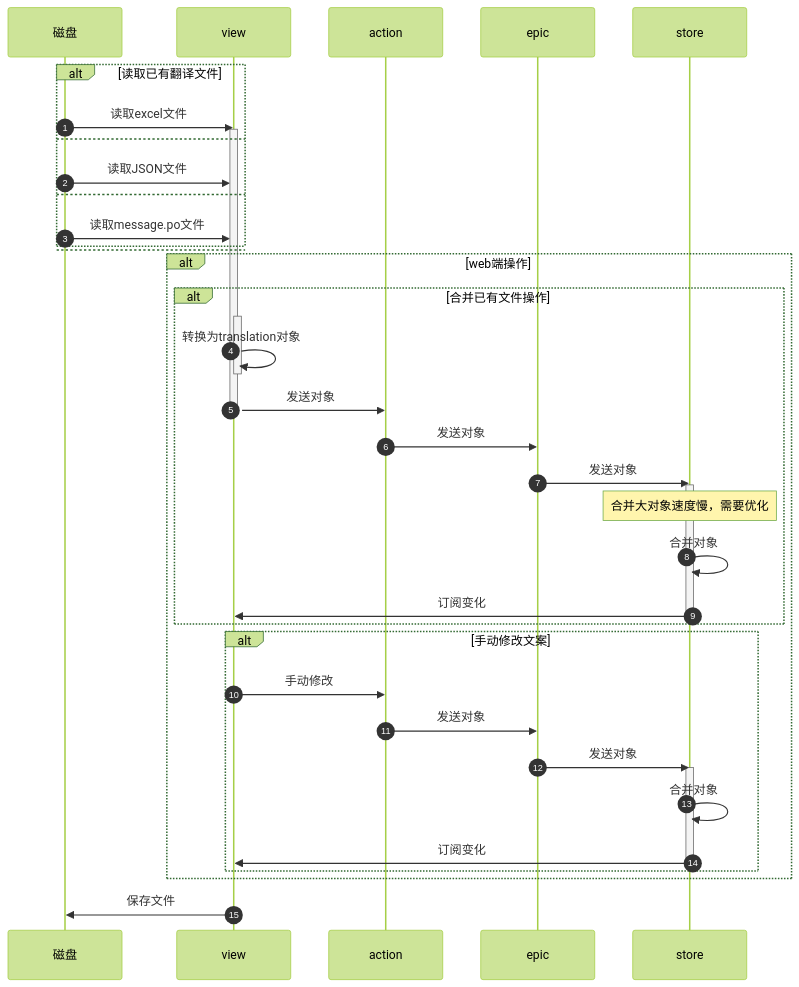
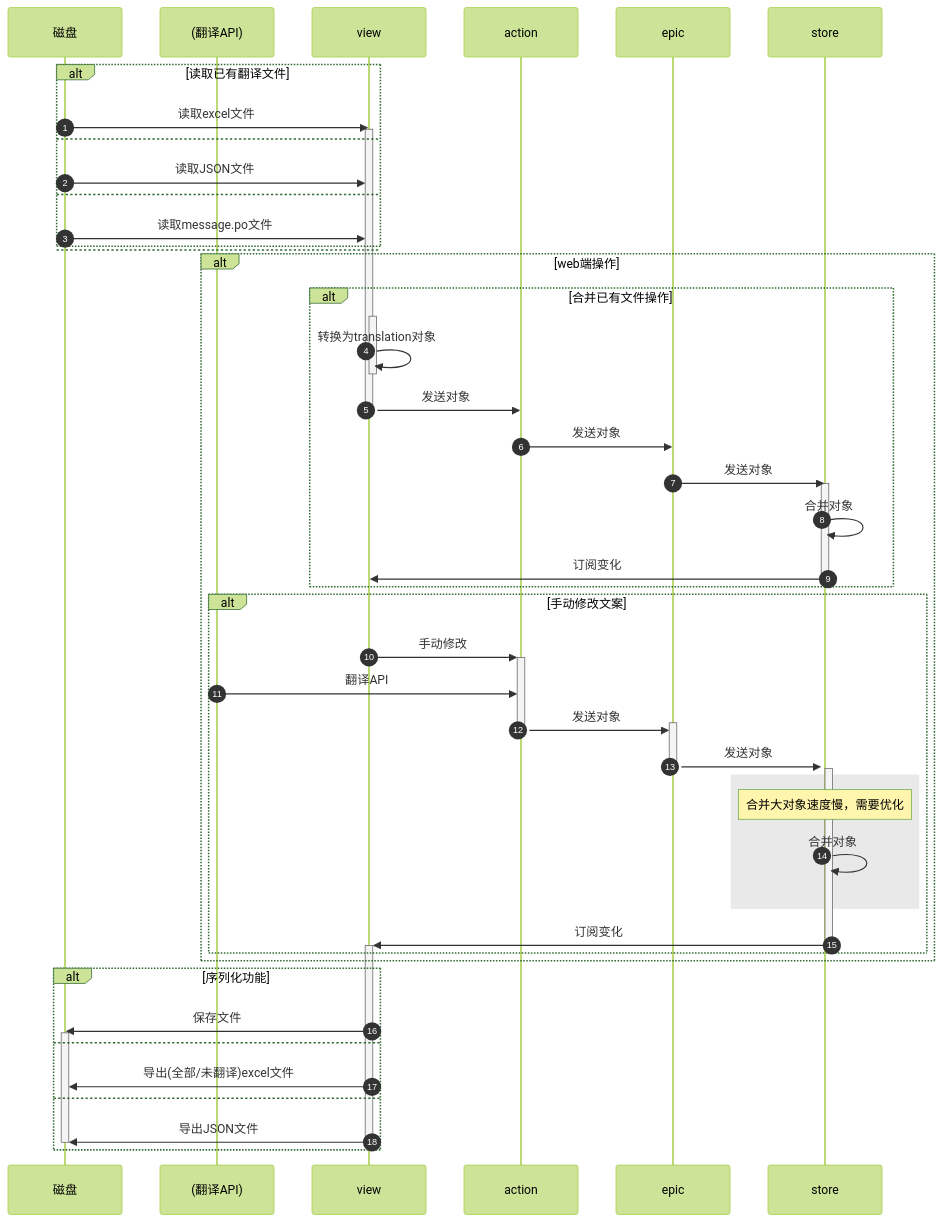
Before and after one commit to Dwenyuan/gettext-box: the second of 3 diagrams in 翻译方案.md, drawn with Mermaid (forest theme). The commit also changed other lines of this file, not shown here.

````diff
--- a/翻译方案.md
+++ b/翻译方案.md
@@ -24,42 +40,57 @@
 ```mermaid
 sequenceDiagram
     autonumber
     participant sys as 磁盘
+    participant api as (翻译API)
    
     alt 读取已有翻译文件
         sys->>view: 读取excel文件
         activate view
     else
         sys->>view: 读取JSON文件
     else
         sys->>view: 读取message.po文件
     else
     end
     alt web端操作
         alt 合并已有文件操作
             activate view
             view->>view: 转换为translation对象
             deactivate view
             view->>action: 发送对象
             deactivate view
 
             action->>epic: 发送对象
             epic->>store: 发送对象
             activate store
-            note over store: 合并大对象速度慢，需要优化
             store->>store: 合并对象
             store->>view: 订阅变化
             deactivate store
         end
         alt 手动修改文案
-            view->>action: 手动修改
-            action->>epic: 发送对象
-            epic->>store: 发送对象
+            view->>+action: 手动修改
+            api->>action: 翻译API
+            action->>+epic: 发送对象
+            deactivate action
+            epic->>+store: 发送对象
+            deactivate epic
             activate store
-            store->>store: 合并对象
-            store->>view: 订阅变化
+            rect rgba(199,199,199,0.4)
+                note over store: 合并大对象速度慢，需要优化
+                store->>store: 合并对象
+            end
+            store->>+view: 订阅变化
             deactivate store
         end
     end
-    view->>sys: 保存文件
+    alt 序列化功能
+        view->>sys: 保存文件
+        activate sys
+    else
+        view->>sys: 导出(全部/未翻译)excel文件
+    else
+        view->>sys: 导出JSON文件
+        deactivate sys
+    deactivate view
+    end
 ```
````
